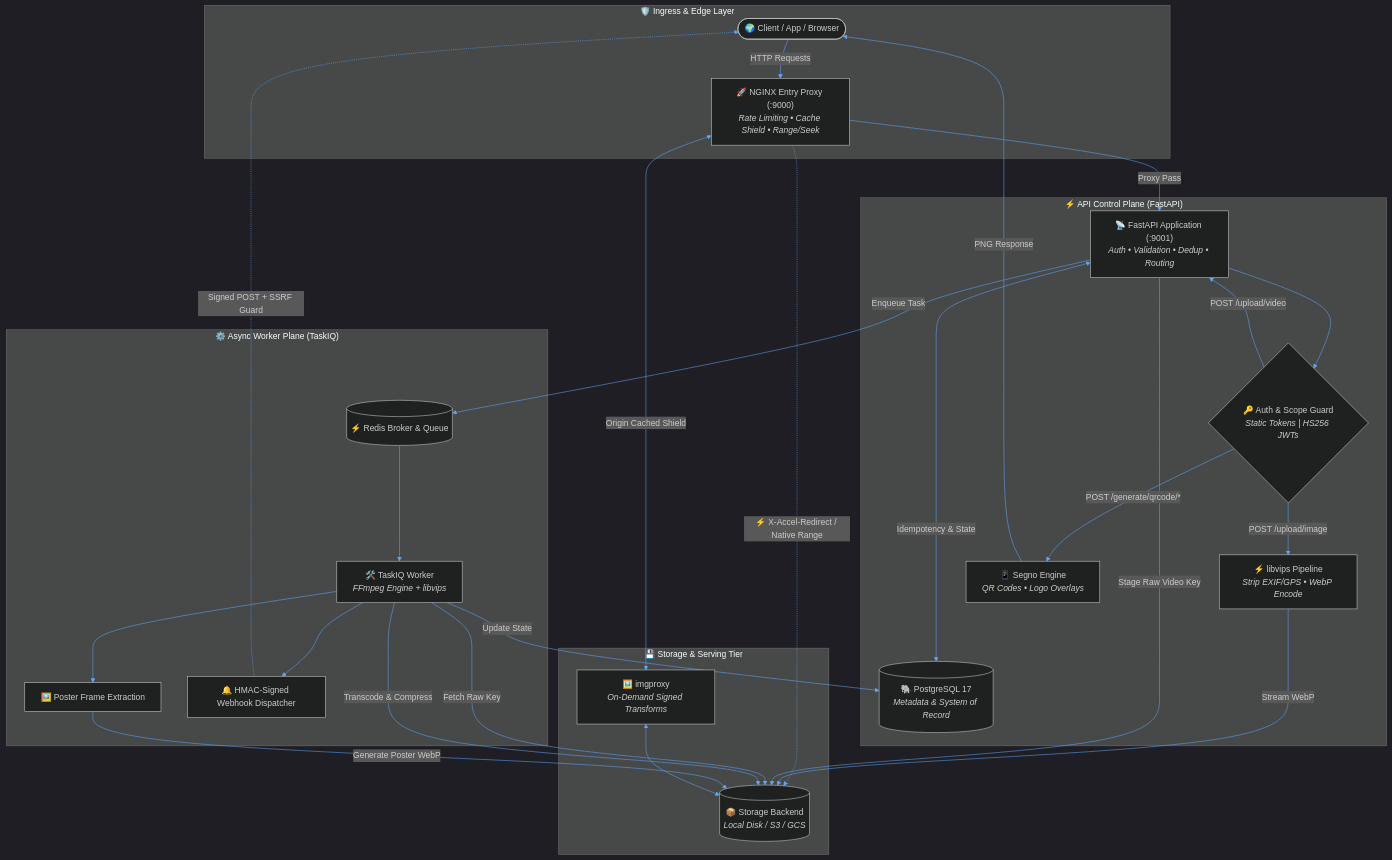
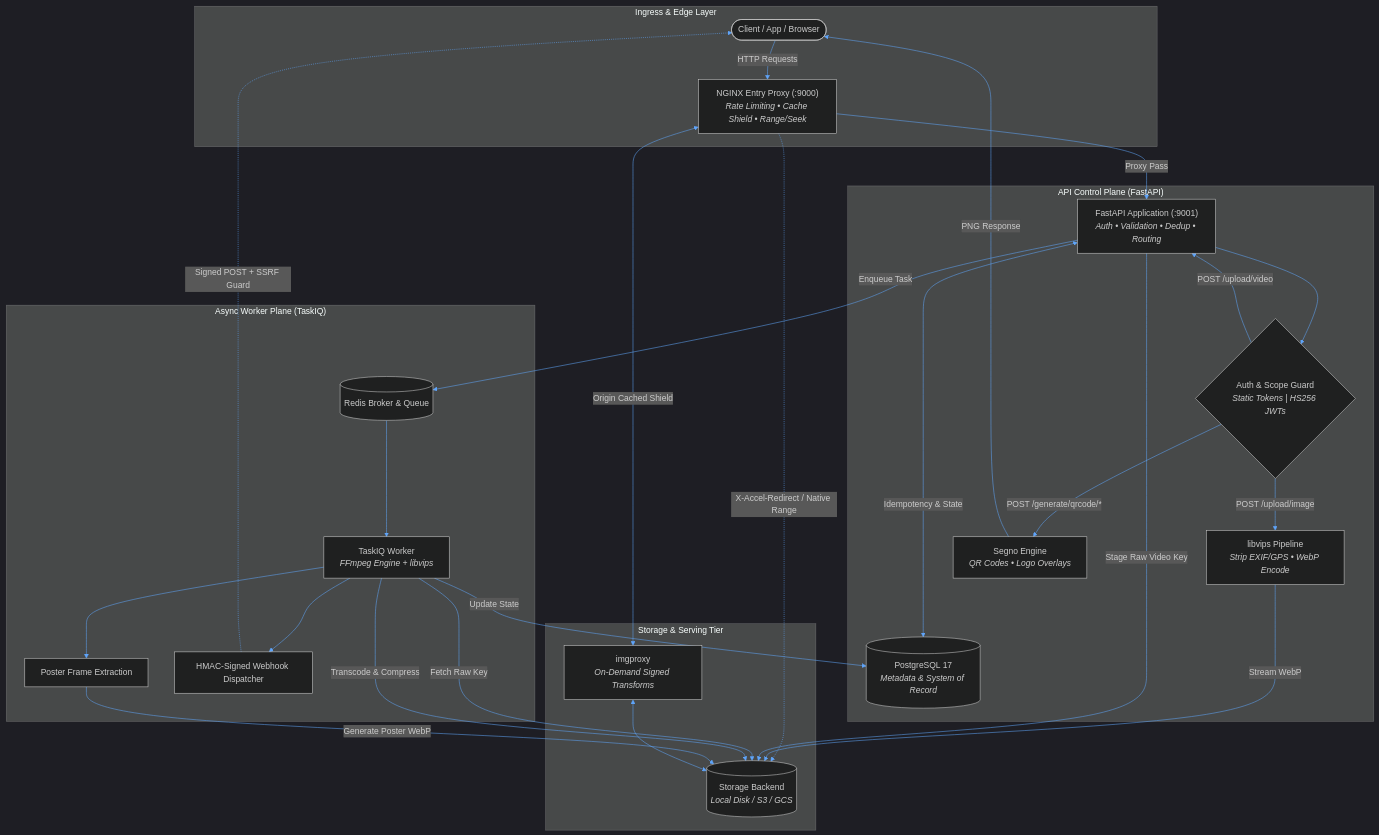
Before and after one commit to JexPY/filemanager-fastapi: the diagram in readme.md, drawn with Mermaid. The commit also changed other lines of this file, not shown here.

Commit message:
docs: remove emojis from readme.md and architecture diagram

````diff
--- a/readme.md
+++ b/readme.md
@@ -52,59 +52,59 @@
 ```mermaid
 %%{init: {'theme': 'dark', 'themeVariables': { 'primaryColor': '#1e293b', 'primaryTextColor': '#f8fafc', 'primaryBorderColor': '#3b82f6', 'lineColor': '#60a5fa', 'secondaryColor': '#0f172a', 'tertiaryColor': '#1e1e2e'}}}%%
 flowchart TD
-    subgraph Ingress ["🛡️ Ingress & Edge Layer"]
-        Client(["🌍 Client / App / Browser"])
-        Nginx["🚀 NGINX Entry Proxy (:9000)<br/><i>Rate Limiting • Cache Shield • Range/Seek</i>"]
+    subgraph Ingress ["Ingress & Edge Layer"]
+        Client(["Client / App / Browser"])
+        Nginx["NGINX Entry Proxy (:9000)<br/><i>Rate Limiting • Cache Shield • Range/Seek</i>"]
     end
 
-    subgraph AppPlane ["⚡ API Control Plane (FastAPI)"]
-        API["📡 FastAPI Application (:9001)<br/><i>Auth • Validation • Dedup • Routing</i>"]
-        AuthModule{"🔑 Auth & Scope Guard<br/><i>Static Tokens | HS256 JWTs</i>"}
-        VIPS["⚡ libvips Pipeline<br/><i>Strip EXIF/GPS • WebP Encode</i>"]
-        Segno["📱 Segno Engine<br/><i>QR Codes • Logo Overlays</i>"]
-        DB[(🐘 PostgreSQL 17<br/><i>Metadata & System of Record</i>)]
+    subgraph AppPlane ["API Control Plane (FastAPI)"]
+        API["FastAPI Application (:9001)<br/><i>Auth • Validation • Dedup • Routing</i>"]
+        AuthModule{"Auth & Scope Guard<br/><i>Static Tokens | HS256 JWTs</i>"}
+        VIPS["libvips Pipeline<br/><i>Strip EXIF/GPS • WebP Encode</i>"]
+        Segno["Segno Engine<br/><i>QR Codes • Logo Overlays</i>"]
+        DB[(PostgreSQL 17<br/><i>Metadata & System of Record</i>)]
     end
 
-    subgraph AsyncPlane ["⚙️ Async Worker Plane (TaskIQ)"]
-        Redis[("⚡ Redis Broker & Queue")]
-        Worker["🛠️ TaskIQ Worker<br/><i>FFmpeg Engine + libvips</i>"]
-        PosterTask["🖼️ Poster Frame Extraction"]
-        WebhookTask["🔔 HMAC-Signed Webhook Dispatcher"]
+    subgraph AsyncPlane ["Async Worker Plane (TaskIQ)"]
+        Redis[("Redis Broker & Queue")]
+        Worker["TaskIQ Worker<br/><i>FFmpeg Engine + libvips</i>"]
+        PosterTask["Poster Frame Extraction"]
+        WebhookTask["HMAC-Signed Webhook Dispatcher"]
     end
 
-    subgraph StoragePlane ["💾 Storage & Serving Tier"]
-        Storage[("📦 Storage Backend<br/><i>Local Disk / S3 / GCS</i>")]
-        Imgproxy["🖼️ imgproxy<br/><i>On-Demand Signed Transforms</i>"]
+    subgraph StoragePlane ["Storage & Serving Tier"]
+        Storage[("Storage Backend<br/><i>Local Disk / S3 / GCS</i>")]
+        Imgproxy["imgproxy<br/><i>On-Demand Signed Transforms</i>"]
     end
 
     %% Ingress Connections
     Client -->|HTTP Requests| Nginx
     Nginx -->|Proxy Pass| API
-    Nginx -.->|⚡ X-Accel-Redirect / Native Range| Storage
+    Nginx -.->|X-Accel-Redirect / Native Range| Storage
 
     %% API Internal Flow
     API --> AuthModule
     AuthModule -->|POST /upload/image| VIPS
     AuthModule -->|POST /generate/qrcode/*| Segno
     AuthModule -->|POST /upload/video| API
     
     VIPS -->|Stream WebP| Storage
     API -->|Stage Raw Video Key| Storage
     API -->|Enqueue Task| Redis
     API <-->|Idempotency & State| DB
     Segno -->|PNG Response| Client
 
     %% Worker Flow
     Redis --> Worker
     Worker -->|Fetch Raw Key| Storage
     Worker -->|Transcode & Compress| Storage
     Worker --> PosterTask
     PosterTask -->|Generate Poster WebP| Storage
     Worker -->|Update State| DB
     Worker --> WebhookTask
     WebhookTask -.->|Signed POST + SSRF Guard| Client
 
     %% Playback & Serving Flow
     Imgproxy <--> Storage
     Nginx <-->|Origin Cached Shield| Imgproxy
 ```
````
